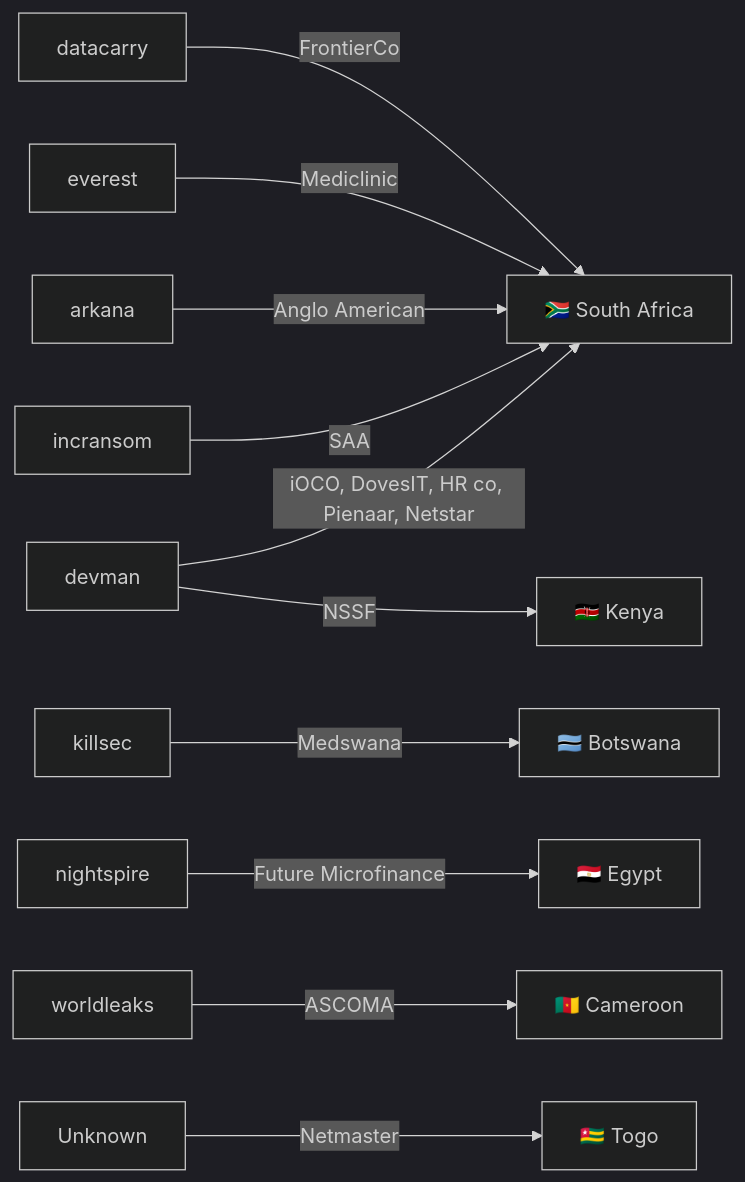
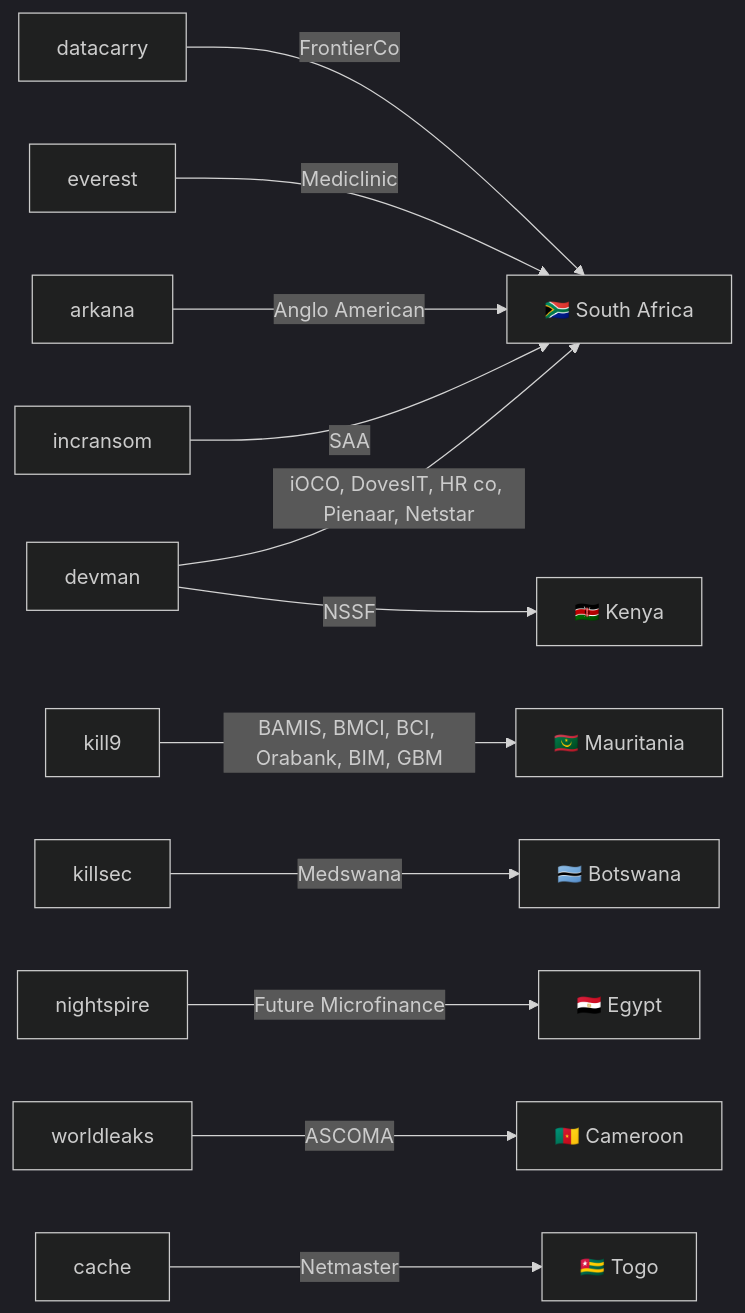
One commit to Hatchepsoute/AFRINTEL changed the fourth of 4 diagrams in CyberAttackAfrica/2025/05-may/README.md. Above: the diagram before and after it, drawn with Mermaid (dark theme). The commit also changed other lines of this file and 255 other files, not shown here.

````diff
--- a/CyberAttackAfrica/2025/05-may/README.md
+++ b/CyberAttackAfrica/2025/05-may/README.md
@@ -128,13 +150,14 @@
 ```mermaid
 graph LR
     devman -->|iOCO, DovesIT, HR co, Pienaar, Netstar| SouthAfrica["🇿🇦 South Africa"]
     devman -->|NSSF| Kenya["🇰🇪 Kenya"]
+    kill9 -->|BAMIS, BMCI, BCI, Orabank, BIM, GBM| Mauritania["🇲🇷 Mauritania"]
     killsec -->|Medswana| Botswana["🇧🇼 Botswana"]
     nightspire -->|Future Microfinance| Egypt["🇪🇬 Egypt"]
     incransom -->|SAA| SouthAfrica
     arkana -->|Anglo American| SouthAfrica
     everest -->|Mediclinic| SouthAfrica
     datacarry -->|FrontierCo| SouthAfrica
     worldleaks -->|ASCOMA| Cameroon["🇨🇲 Cameroon"]
-    unknown["Unknown"] -->|Netmaster| Togo["🇹🇬 Togo"]
+    cache["cache"] -->|Netmaster| Togo["🇹🇬 Togo"]
 ```
````
